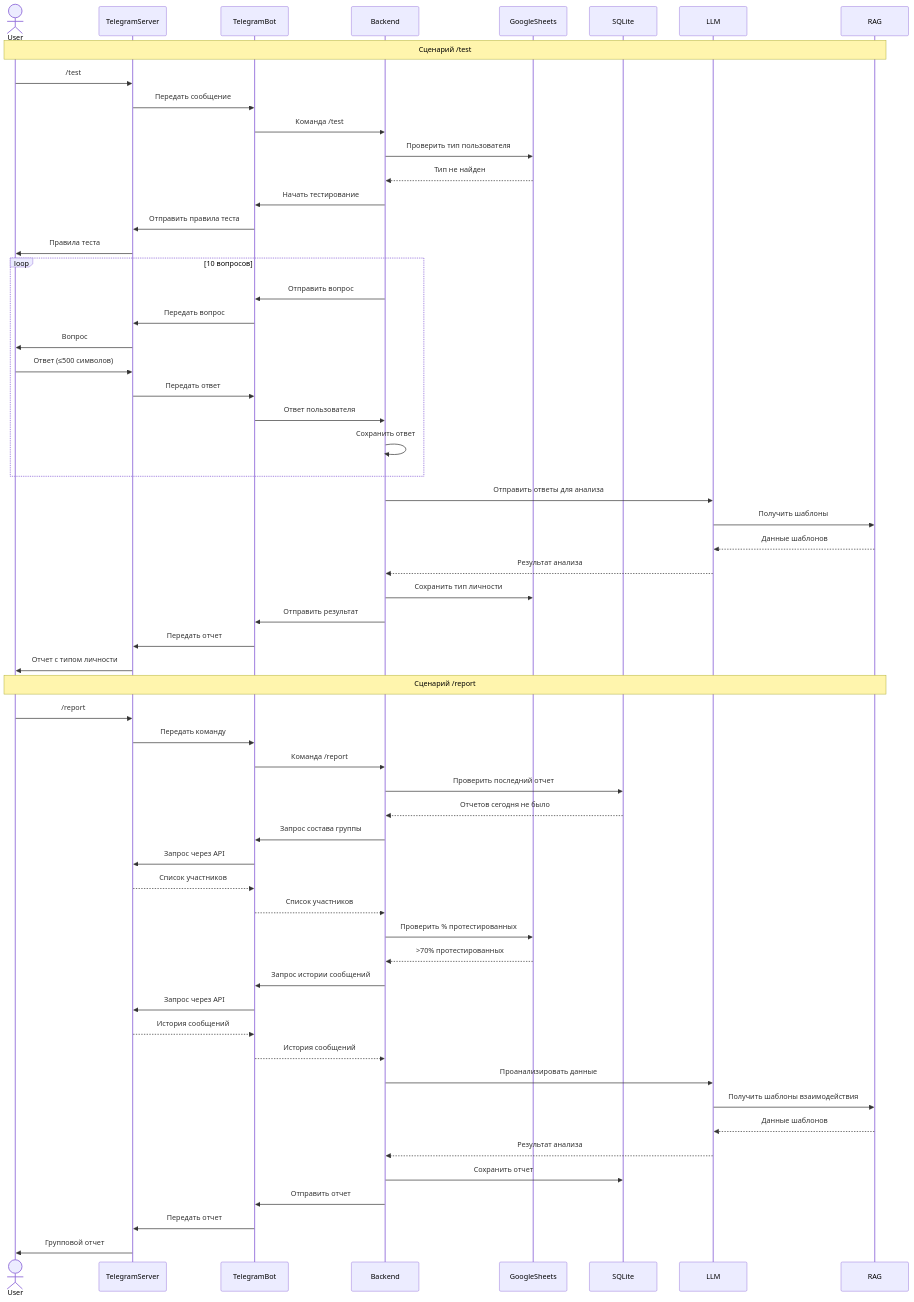
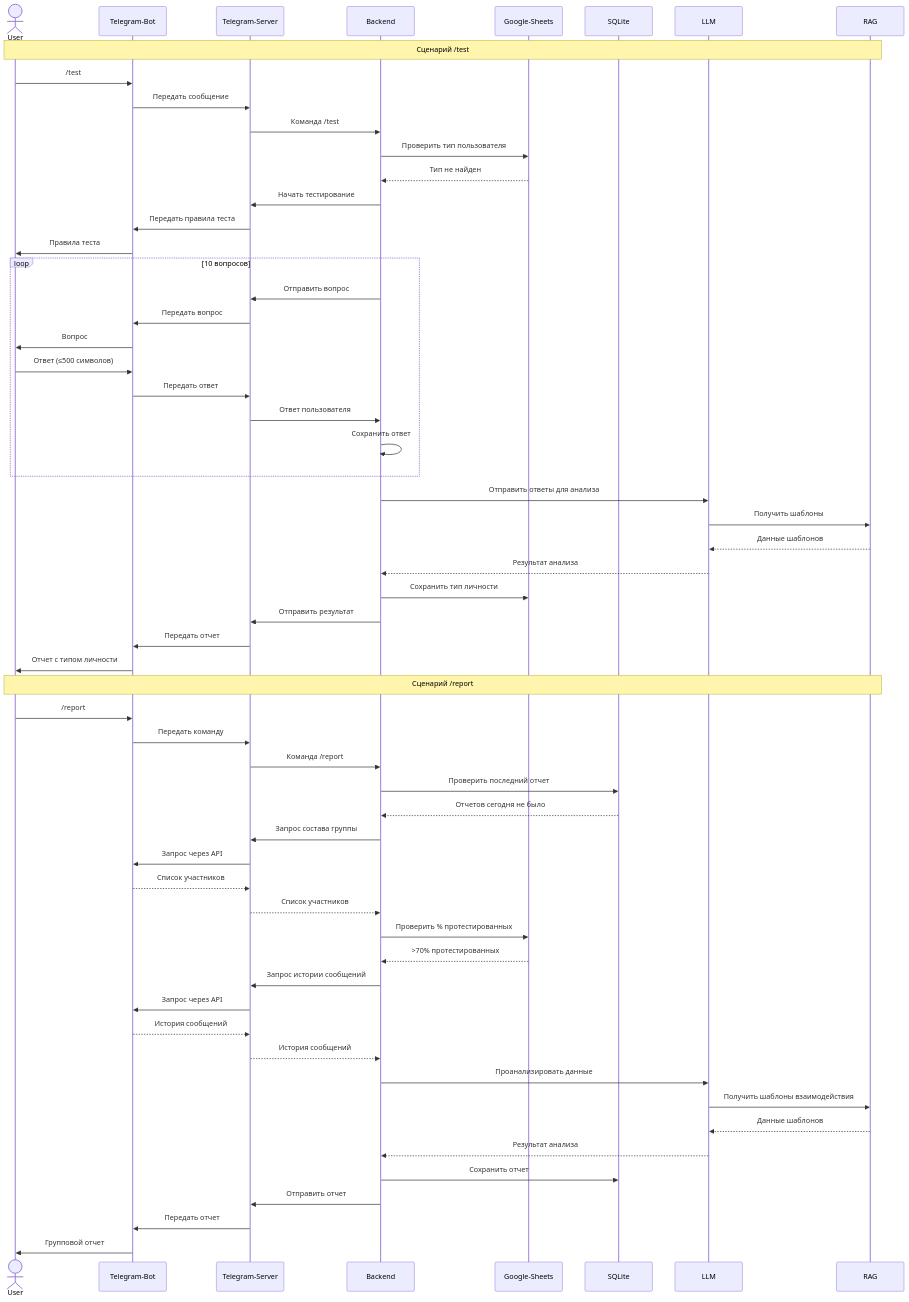
The diagram in Тамара_Макарова/Sequence.md (patolog123/Analyst-3.0), drawn with Mermaid before and after one commit.

````diff
--- a/Тамара_Макарова/Sequence.md
+++ b/Тамара_Макарова/Sequence.md
@@ -1,66 +1,66 @@
 ```mermaid
 sequenceDiagram
     actor User
-    participant TelegramServer
-    participant TelegramBot
+    participant Telegram-Bot
+    participant Telegram-Server
     participant Backend
-    participant GoogleSheets
+    participant Google-Sheets
     participant SQLite
     participant LLM
     participant RAG
 
-    Note over User, RAG: Cценарий /test
-    User->>TelegramServer: /test
-    TelegramServer->>TelegramBot: Передать сообщение
-    TelegramBot->>Backend: Команда /test
-    Backend->>GoogleSheets: Проверить тип пользователя
-    GoogleSheets-->>Backend: Тип не найден
-    Backend->>TelegramBot: Начать тестирование
-    TelegramBot->>TelegramServer: Отправить правила теста
-    TelegramServer->>User: Правила теста
+    Note over User, RAG: Сценарий /test
+    User->>Telegram-Bot: /test
+    Telegram-Bot->>Telegram-Server: Передать сообщение
+    Telegram-Server->>Backend: Команда /test
+    Backend->>Google-Sheets: Проверить тип пользователя
+    Google-Sheets-->>Backend: Тип не найден
+    Backend->>Telegram-Server: Начать тестирование
+    Telegram-Server->>Telegram-Bot: Передать правила теста
+    Telegram-Bot->>User: Правила теста
     
     loop 10 вопросов
-        Backend->>TelegramBot: Отправить вопрос
-        TelegramBot->>TelegramServer: Передать вопрос
-        TelegramServer->>User: Вопрос
-        User->>TelegramServer: Ответ (≤500 символов)
-        TelegramServer->>TelegramBot: Передать ответ
-        TelegramBot->>Backend: Ответ пользователя
+        Backend->>Telegram-Server: Отправить вопрос
+        Telegram-Server->>Telegram-Bot: Передать вопрос
+        Telegram-Bot->>User: Вопрос
+        User->>Telegram-Bot: Ответ (≤500 символов)
+        Telegram-Bot->>Telegram-Server: Передать ответ
+        Telegram-Server->>Backend: Ответ пользователя
         Backend->>Backend: Сохранить ответ
     end
     
     Backend->>LLM: Отправить ответы для анализа
     LLM->>RAG: Получить шаблоны
     RAG-->>LLM: Данные шаблонов
     LLM-->>Backend: Результат анализа
-    Backend->>GoogleSheets: Сохранить тип личности
-    Backend->>TelegramBot: Отправить результат
-    TelegramBot->>TelegramServer: Передать отчет
-    TelegramServer->>User: Отчет с типом личности
+    Backend->>Google-Sheets: Сохранить тип личности
+    Backend->>Telegram-Server: Отправить результат
+    Telegram-Server->>Telegram-Bot: Передать отчет
+    Telegram-Bot->>User: Отчет с типом личности
 
-    Note over User, RAG: Cценарий /report
-    User->>TelegramServer: /report
-    TelegramServer->>TelegramBot: Передать команду
-    TelegramBot->>Backend: Команда /report
+    Note over User, RAG: Сценарий /report
+    User->>Telegram-Bot: /report
+    Telegram-Bot->>Telegram-Server: Передать команду
+    Telegram-Server->>Backend: Команда /report
     Backend->>SQLite: Проверить последний отчет
     SQLite-->>Backend: Отчетов сегодня не было
-    Backend->>TelegramBot: Запрос состава группы
-    TelegramBot->>TelegramServer: Запрос через API
-    TelegramServer-->>TelegramBot: Список участников
-    TelegramBot-->>Backend: Список участников
-    Backend->>GoogleSheets: Проверить % протестированных
-    GoogleSheets-->>Backend: >70% протестированных
-    Backend->>TelegramBot: Запрос истории сообщений
-    TelegramBot->>TelegramServer: Запрос через API
-    TelegramServer-->>TelegramBot: История сообщений
-    TelegramBot-->>Backend: История сообщений
+    Backend->>Telegram-Server: Запрос состава группы
+    Telegram-Server->>Telegram-Bot: Запрос через API
+    Telegram-Bot-->>Telegram-Server: Список участников
+    Telegram-Server-->>Backend: Список участников
+    Backend->>Google-Sheets: Проверить % протестированных
+    Google-Sheets-->>Backend: >70% протестированных
+    Backend->>Telegram-Server: Запрос истории сообщений
+    Telegram-Server->>Telegram-Bot: Запрос через API
+    Telegram-Bot-->>Telegram-Server: История сообщений
+    Telegram-Server-->>Backend: История сообщений
     Backend->>LLM: Проанализировать данные
     LLM->>RAG: Получить шаблоны взаимодействия
     RAG-->>LLM: Данные шаблонов
     LLM-->>Backend: Результат анализа
     Backend->>SQLite: Сохранить отчет
-    Backend->>TelegramBot: Отправить отчет
-    TelegramBot->>TelegramServer: Передать отчет
-    TelegramServer->>User: Групповой отчет
+    Backend->>Telegram-Server: Отправить отчет
+    Telegram-Server->>Telegram-Bot: Передать отчет
+    Telegram-Bot->>User: Групповой отчет
 
 ```
````
